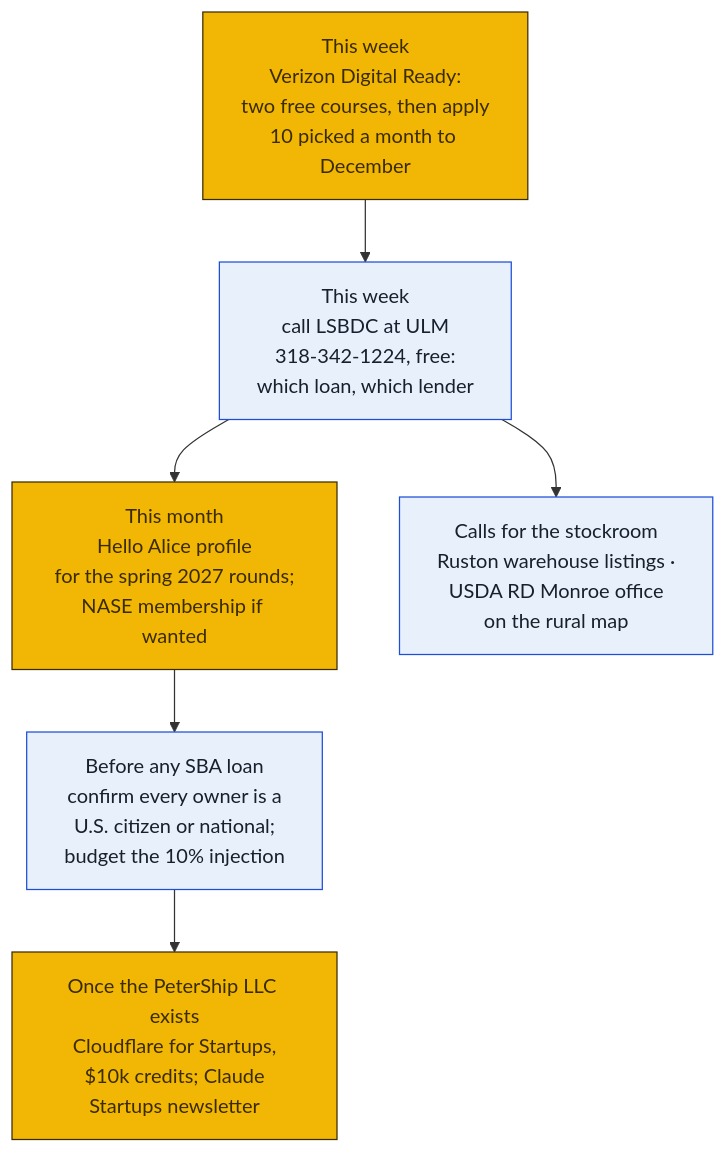
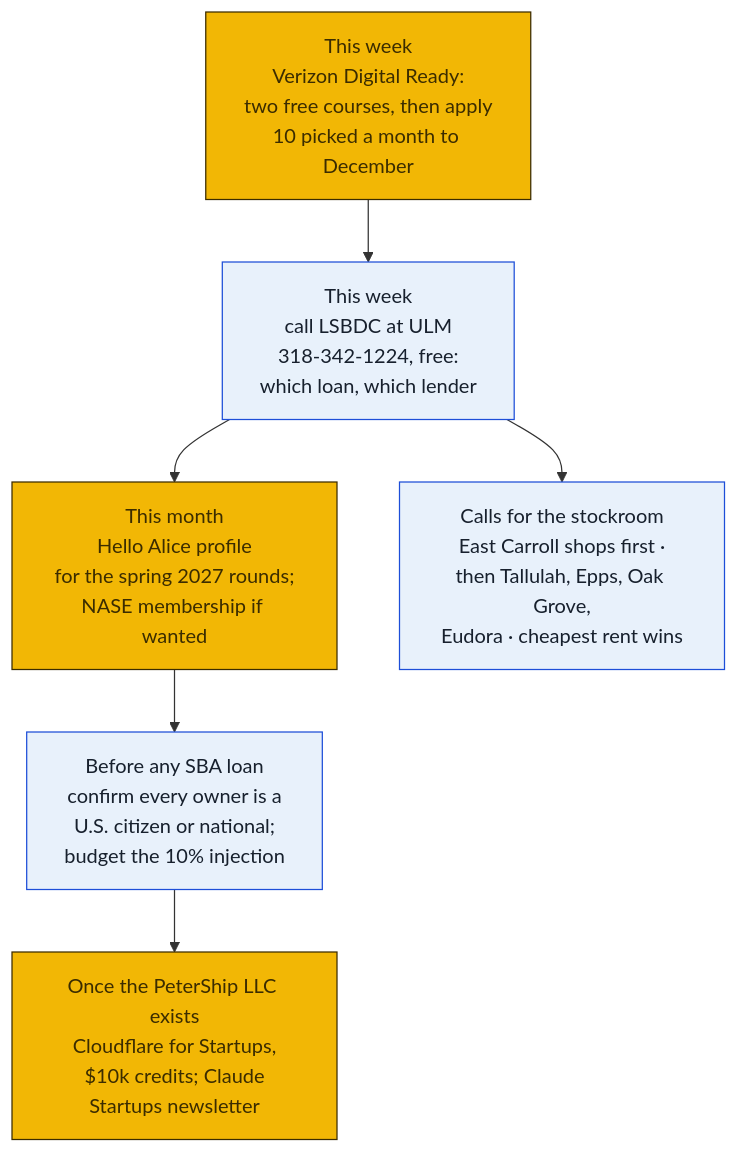
The second of 6 diagrams in monetization/funding/README.md (wbp318/goin-postal-forsythe), drawn with Mermaid before and after one commit. The commit also changed other lines of this file and 7 other files, not shown here.

First line of the commit message:
Stockrooms by cheapest rent (East Carroll first, Eudora or rural Chicot); tornado picked and packed totals; Inside the Mac mini explained; version 1.89.1

````diff
--- a/monetization/funding/README.md
+++ b/monetization/funding/README.md
@@ -42,11 +42,11 @@
 ```mermaid
 flowchart TD
   N1["This week<br/>Verizon Digital Ready:<br/>two free courses, then apply<br/>10 picked a month to December"]:::local --> N2["This week<br/>call LSBDC at ULM<br/>318-342-1224, free:<br/>which loan, which lender"]:::you
   N2 --> N3["This month<br/>Hello Alice profile<br/>for the spring 2027 rounds;<br/>NASE membership if wanted"]:::local
   N3 --> N4["Before any SBA loan<br/>confirm every owner is a<br/>U.S. citizen or national;<br/>budget the 10% injection"]:::you
   N4 --> N5["Once the PeterShip LLC exists<br/>Cloudflare for Startups,<br/>$10k credits; Claude<br/>Startups newsletter"]:::local
-  N2 --> N6["Calls for the stockroom<br/>Ruston warehouse listings ·<br/>USDA RD Monroe office<br/>on the rural map"]:::you
+  N2 --> N6["Calls for the stockroom<br/>East Carroll shops first ·<br/>then Tallulah, Epps, Oak Grove,<br/>Eudora · cheapest rent wins"]:::you
   classDef local fill:#f2b705,stroke:#3b2c00,color:#3b2c00
   classDef cloud fill:#0f1d3a,stroke:#0f1d3a,color:#ffffff
   classDef you fill:#e8f1fb,stroke:#1d4ed8,color:#17202d
 ```
````
